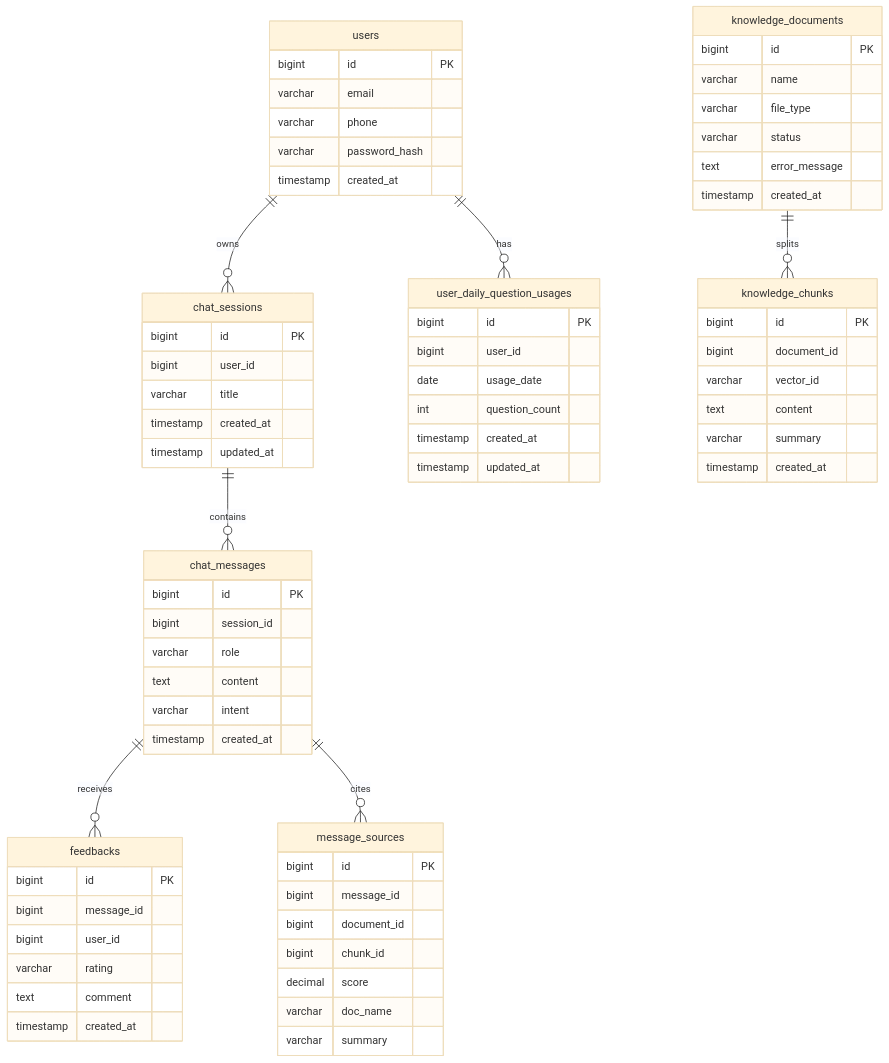
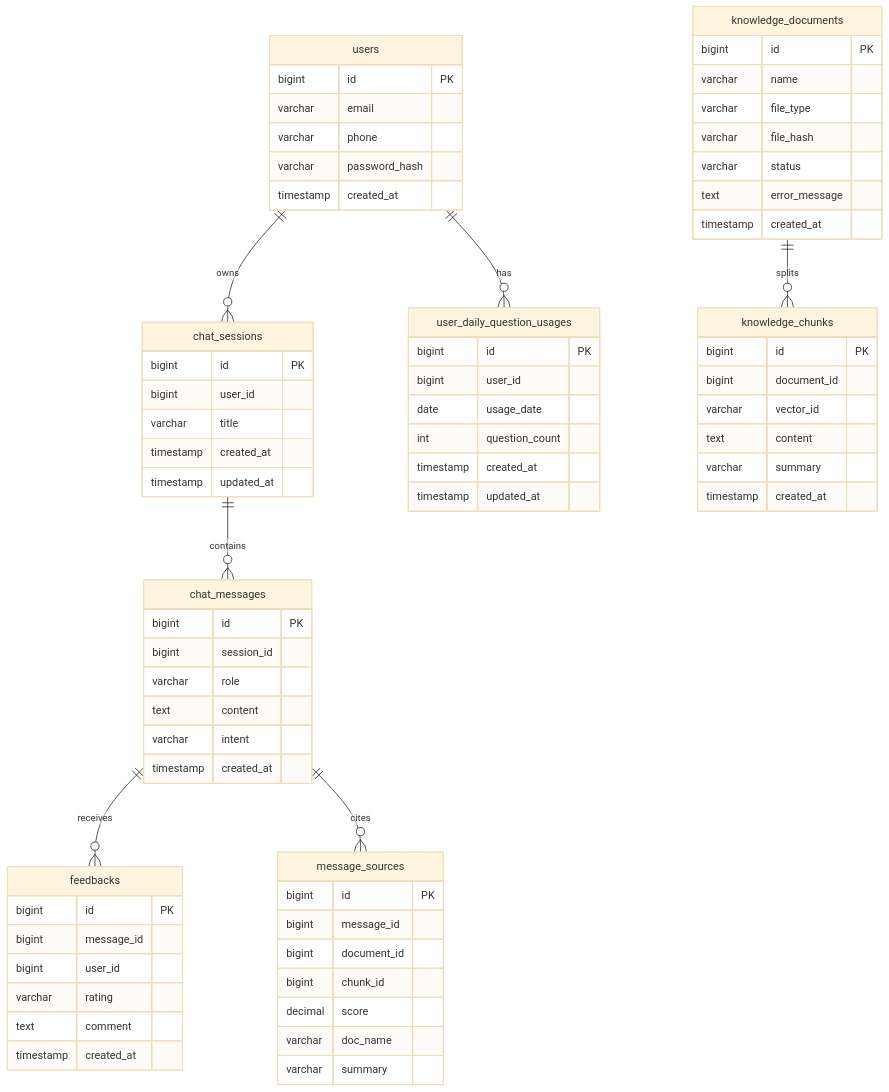
Before and after one commit to Itachi852/aegisdesk-ai: the diagram in docs/数据库设计.md, drawn with Mermaid (base theme). The commit also changed other lines of this file and 24 other files, not shown here.

````diff
--- a/docs/数据库设计.md
+++ b/docs/数据库设计.md
@@ -7,80 +7,81 @@
 ```mermaid
 erDiagram
     users ||--o{ chat_sessions : owns
     chat_sessions ||--o{ chat_messages : contains
     chat_messages ||--o{ feedbacks : receives
     chat_messages ||--o{ message_sources : cites
     knowledge_documents ||--o{ knowledge_chunks : splits
     users ||--o{ user_daily_question_usages : has
 
     users {
       bigint id PK
       varchar email
       varchar phone
       varchar password_hash
       timestamp created_at
     }
 
     chat_sessions {
       bigint id PK
       bigint user_id
       varchar title
       timestamp created_at
       timestamp updated_at
     }
 
     chat_messages {
       bigint id PK
       bigint session_id
       varchar role
       text content
       varchar intent
       timestamp created_at
     }
 
     knowledge_documents {
       bigint id PK
       varchar name
       varchar file_type
+      varchar file_hash
       varchar status
       text error_message
       timestamp created_at
     }
 
     knowledge_chunks {
       bigint id PK
       bigint document_id
       varchar vector_id
       text content
       varchar summary
       timestamp created_at
     }
 
     message_sources {
       bigint id PK
       bigint message_id
       bigint document_id
       bigint chunk_id
       decimal score
       varchar doc_name
       varchar summary
     }
 
     feedbacks {
       bigint id PK
       bigint message_id
       bigint user_id
       varchar rating
       text comment
       timestamp created_at
     }
 
     user_daily_question_usages {
       bigint id PK
       bigint user_id
       date usage_date
       int question_count
       timestamp created_at
       timestamp updated_at
     }
 ```
````
